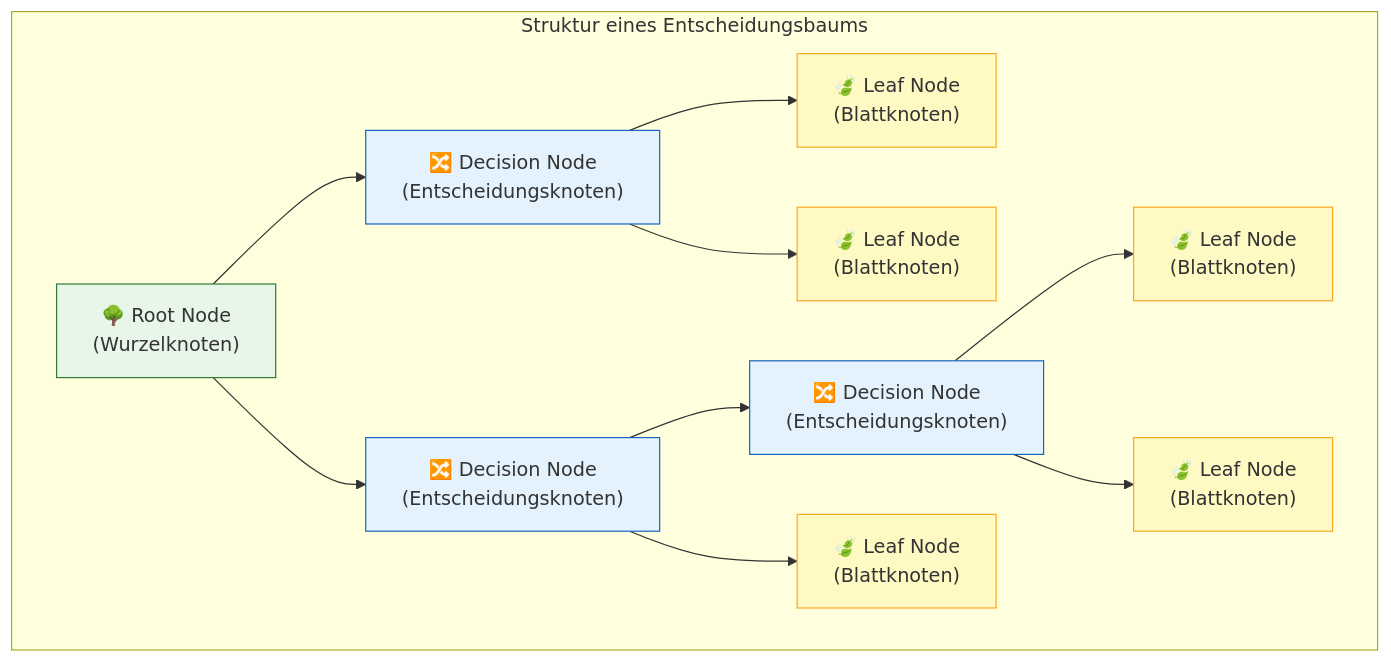
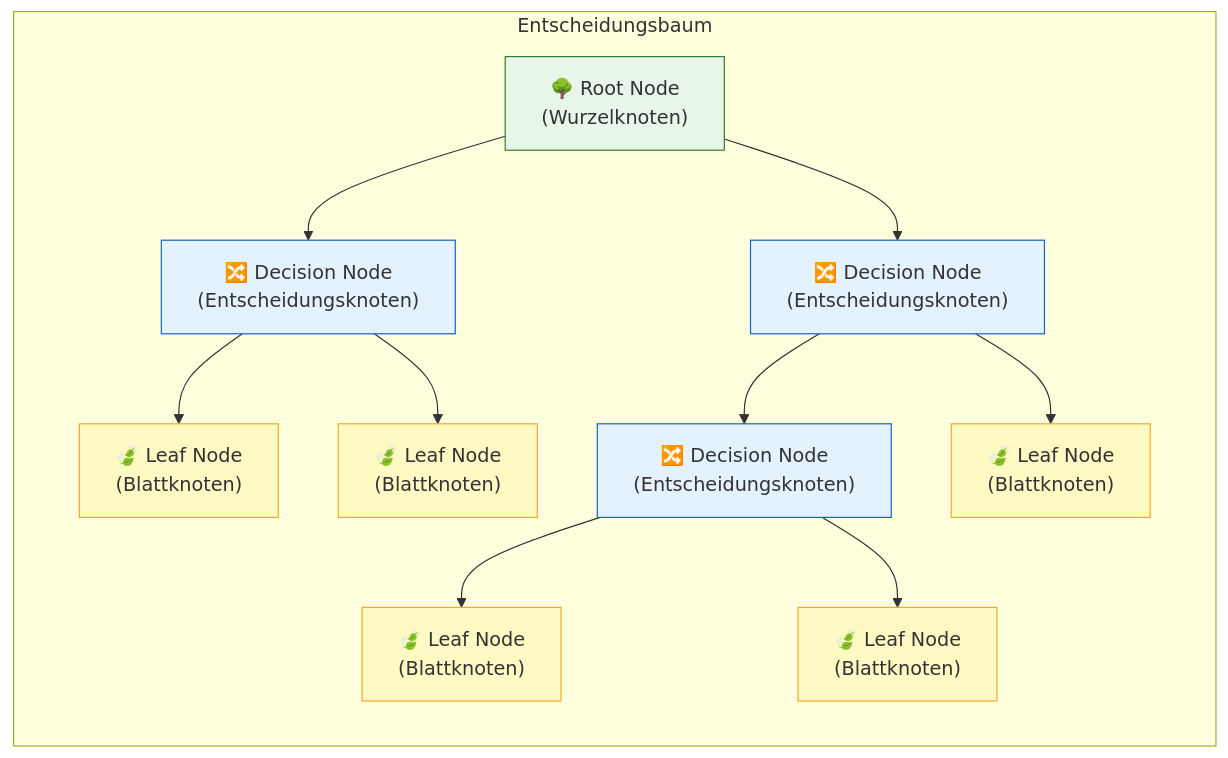
Before and after one commit to ralf-42/ML_Intro: the first of 7 diagrams in docs/concepts/modeling/decision_tree.md, drawn with Mermaid. The commit also changed other lines of this file and 4 other files, not shown here.

````diff
--- a/docs/concepts/modeling/decision_tree.md
+++ b/docs/concepts/modeling/decision_tree.md
@@ -25,24 +25,24 @@
 ```mermaid
-flowchart TB
-    subgraph struktur["Struktur eines Entscheidungsbaums"]
+flowchart LR
+    subgraph struktur["Entscheidungsbaum"]
         R["🌳 Root Node<br/>(Wurzelknoten)"]
         R --> D1["🔀 Decision Node<br/>(Entscheidungsknoten)"]
         R --> D2["🔀 Decision Node<br/>(Entscheidungsknoten)"]
         D1 --> L1["🍃 Leaf Node<br/>(Blattknoten)"]
         D1 --> L2["🍃 Leaf Node<br/>(Blattknoten)"]
         D2 --> D3["🔀 Decision Node<br/>(Entscheidungsknoten)"]
         D2 --> L3["🍃 Leaf Node<br/>(Blattknoten)"]
         D3 --> L4["🍃 Leaf Node<br/>(Blattknoten)"]
         D3 --> L5["🍃 Leaf Node<br/>(Blattknoten)"]
     end
     
     style R fill:#e8f5e9,stroke:#2e7d32
     style D1 fill:#e3f2fd,stroke:#1565c0
     style D2 fill:#e3f2fd,stroke:#1565c0
     style D3 fill:#e3f2fd,stroke:#1565c0
     style L1 fill:#fff9c4,stroke:#f9a825
     style L2 fill:#fff9c4,stroke:#f9a825
     style L3 fill:#fff9c4,stroke:#f9a825
     style L4 fill:#fff9c4,stroke:#f9a825
     style L5 fill:#fff9c4,stroke:#f9a825
 ```
````
